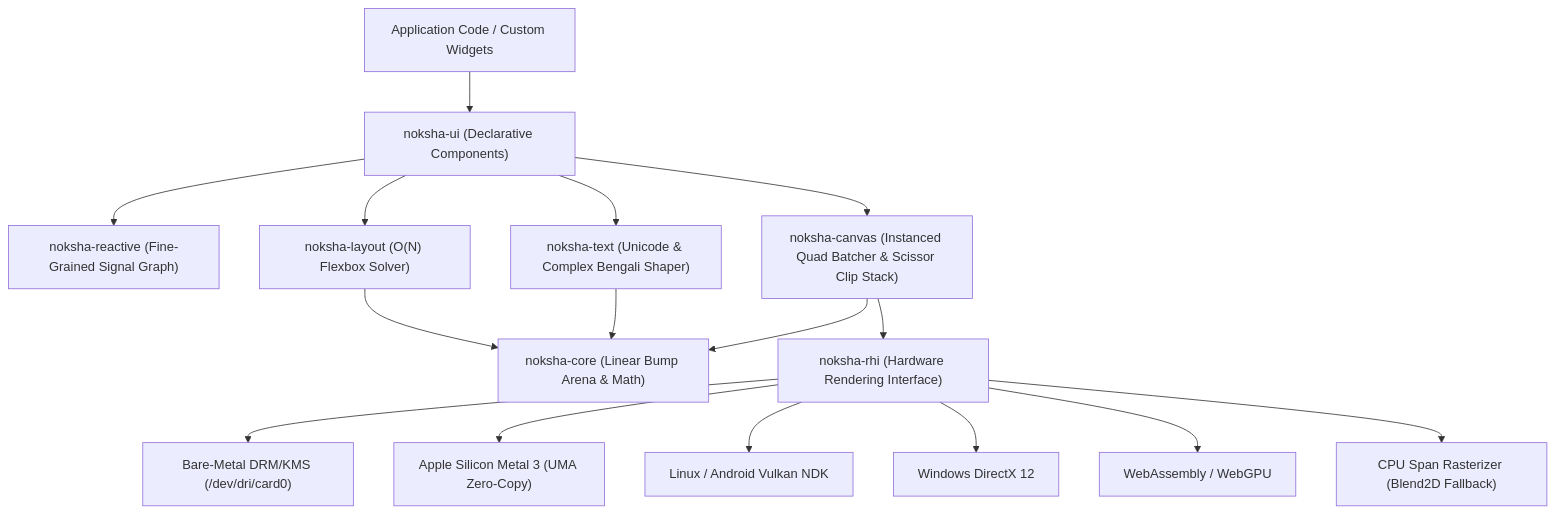
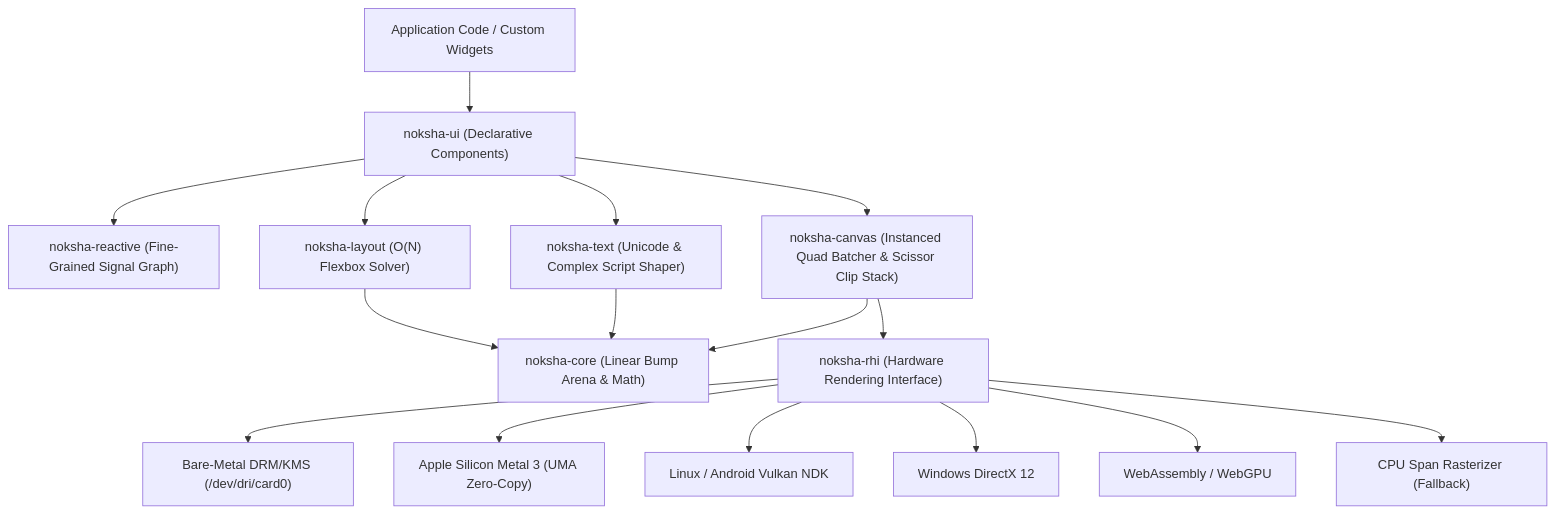
The diagram in README.md (asaudola-cmyk/noksha), drawn with Mermaid before and after one commit. The commit also changed other lines of this file and 41 other files, not shown here.

````diff
--- a/README.md
+++ b/README.md
@@ -41,20 +35,20 @@
 ```mermaid
 graph TD
-    UserCode["Application Code / Custom Widgets"] --> UI["noksha-ui (Declarative Components)"]
+    App["Application Code / Custom Widgets"] --> UI["noksha-ui (Declarative Components)"]
     UI --> Reactive["noksha-reactive (Fine-Grained Signal Graph)"]
     UI --> Layout["noksha-layout (O(N) Flexbox Solver)"]
-    UI --> Text["noksha-text (Unicode & Complex Bengali Shaper)"]
+    UI --> Text["noksha-text (Unicode & Complex Script Shaper)"]
     UI --> Canvas["noksha-canvas (Instanced Quad Batcher & Scissor Clip Stack)"]
     
     Layout --> Core["noksha-core (Linear Bump Arena & Math)"]
     Text --> Core
     Canvas --> Core
     
     Canvas --> RHI["noksha-rhi (Hardware Rendering Interface)"]
     RHI --> Silicon["Bare-Metal DRM/KMS (/dev/dri/card0)"]
     RHI --> Metal["Apple Silicon Metal 3 (UMA Zero-Copy)"]
     RHI --> Vulkan["Linux / Android Vulkan NDK"]
     RHI --> D3D12["Windows DirectX 12"]
     RHI --> WebGPU["WebAssembly / WebGPU"]
-    RHI --> Software["CPU Span Rasterizer (Blend2D Fallback)"]
+    RHI --> Software["CPU Span Rasterizer (Fallback)"]
 ```
````
